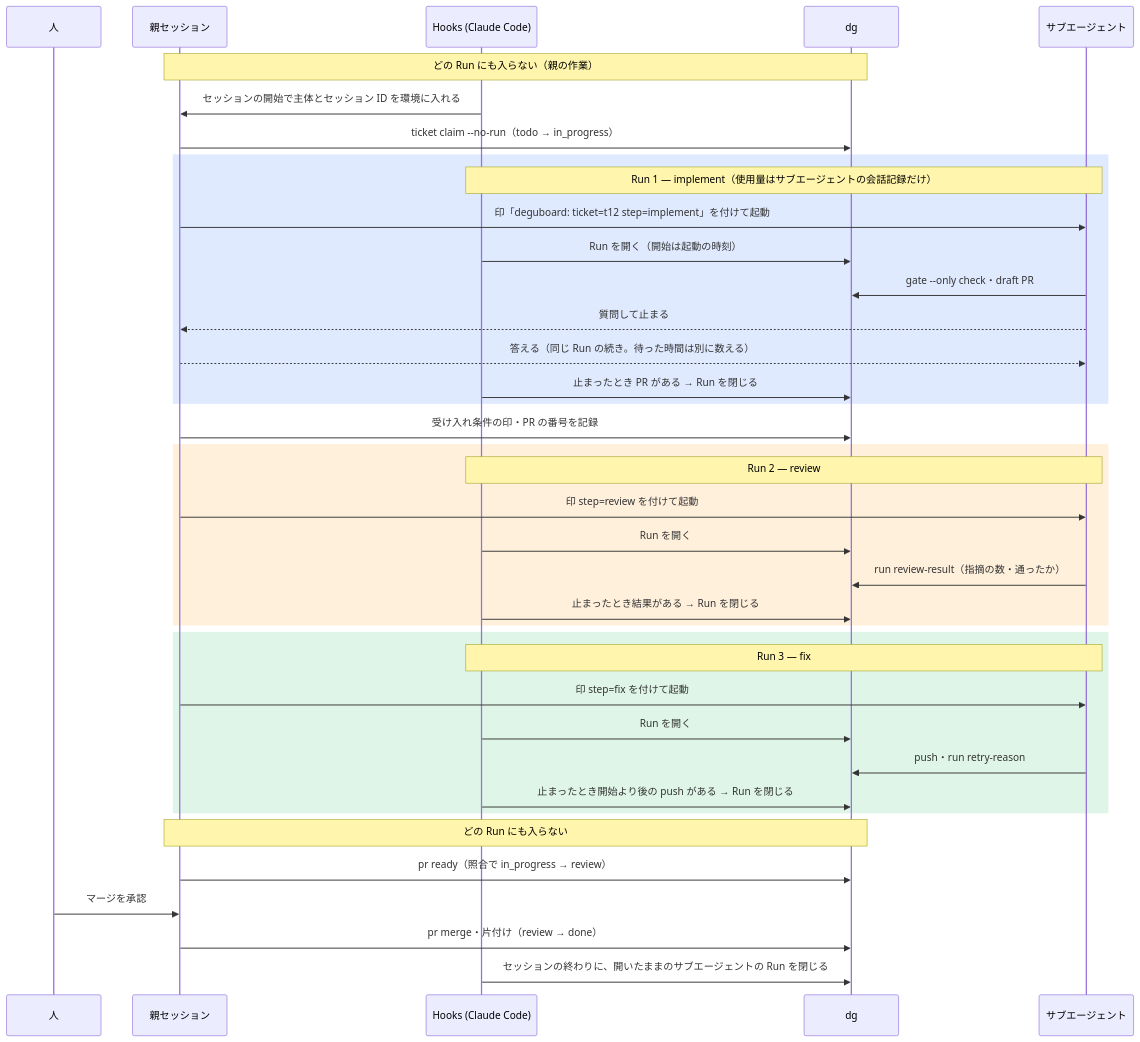
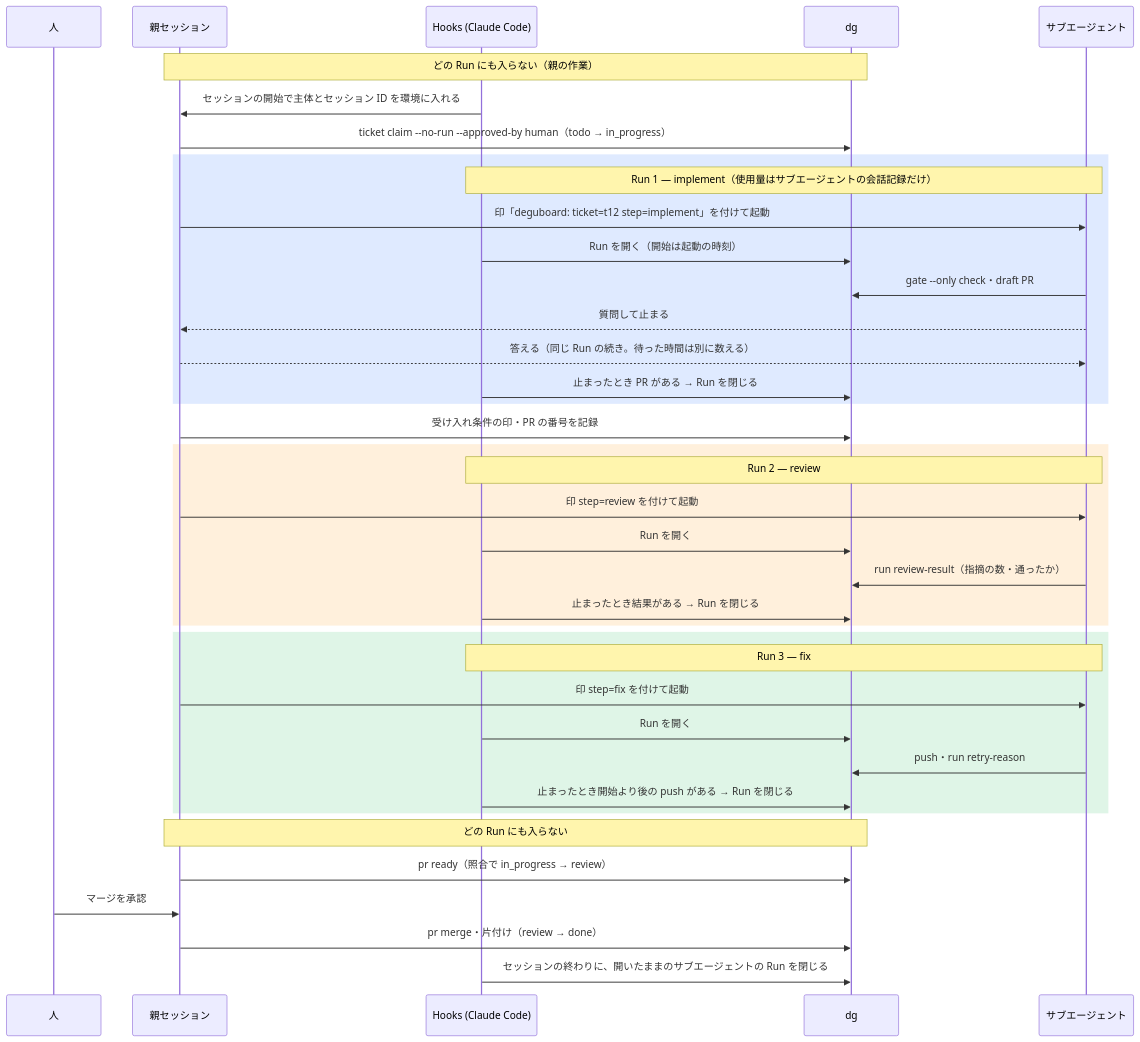
One commit to brainpad-whiterabbit/deguboard changed the diagram in docs/how-it-works.ja.md. Above: the diagram before and after it, drawn with Mermaid. The commit also changed 34 other files, not shown here.

First line of the commit message:
Workflow の todo → in_progress の境目の decide の既定を ask_unless_auto にする（t1051） (#982)

````diff
--- a/docs/how-it-works.ja.md
+++ b/docs/how-it-works.ja.md
@@ -43,46 +43,46 @@
 ```mermaid
 sequenceDiagram
   participant H as 人
   participant P as 親セッション
   participant K as Hooks (Claude Code)
   participant D as dg
   participant S as サブエージェント
 
   Note over P,D: どの Run にも入らない（親の作業）
   K->>P: セッションの開始で主体とセッション ID を環境に入れる
-  P->>D: ticket claim --no-run（todo → in_progress）
+  P->>D: ticket claim --no-run --approved-by human（todo → in_progress）
 
   rect rgba(80,140,255,0.18)
   Note over K,S: Run 1 — implement（使用量はサブエージェントの会話記録だけ）
   P->>S: 印「deguboard: ticket=t12 step=implement」を付けて起動
   K->>D: Run を開く（開始は起動の時刻）
   S->>D: gate --only check・draft PR
   S-->>P: 質問して止まる
   P-->>S: 答える（同じ Run の続き。待った時間は別に数える）
   K->>D: 止まったとき PR がある → Run を閉じる
   end
 
   P->>D: 受け入れ条件の印・PR の番号を記録
 
   rect rgba(255,170,60,0.18)
   Note over K,S: Run 2 — review
   P->>S: 印 step=review を付けて起動
   K->>D: Run を開く
   S->>D: run review-result（指摘の数・通ったか）
   K->>D: 止まったとき結果がある → Run を閉じる
   end
 
   rect rgba(80,200,120,0.18)
   Note over K,S: Run 3 — fix
   P->>S: 印 step=fix を付けて起動
   K->>D: Run を開く
   S->>D: push・run retry-reason
   K->>D: 止まったとき開始より後の push がある → Run を閉じる
   end
 
   Note over P,D: どの Run にも入らない
   P->>D: pr ready（照合で in_progress → review）
   H->>P: マージを承認
   P->>D: pr merge・片付け（review → done）
   K->>D: セッションの終わりに、開いたままのサブエージェントの Run を閉じる
 ```
````
